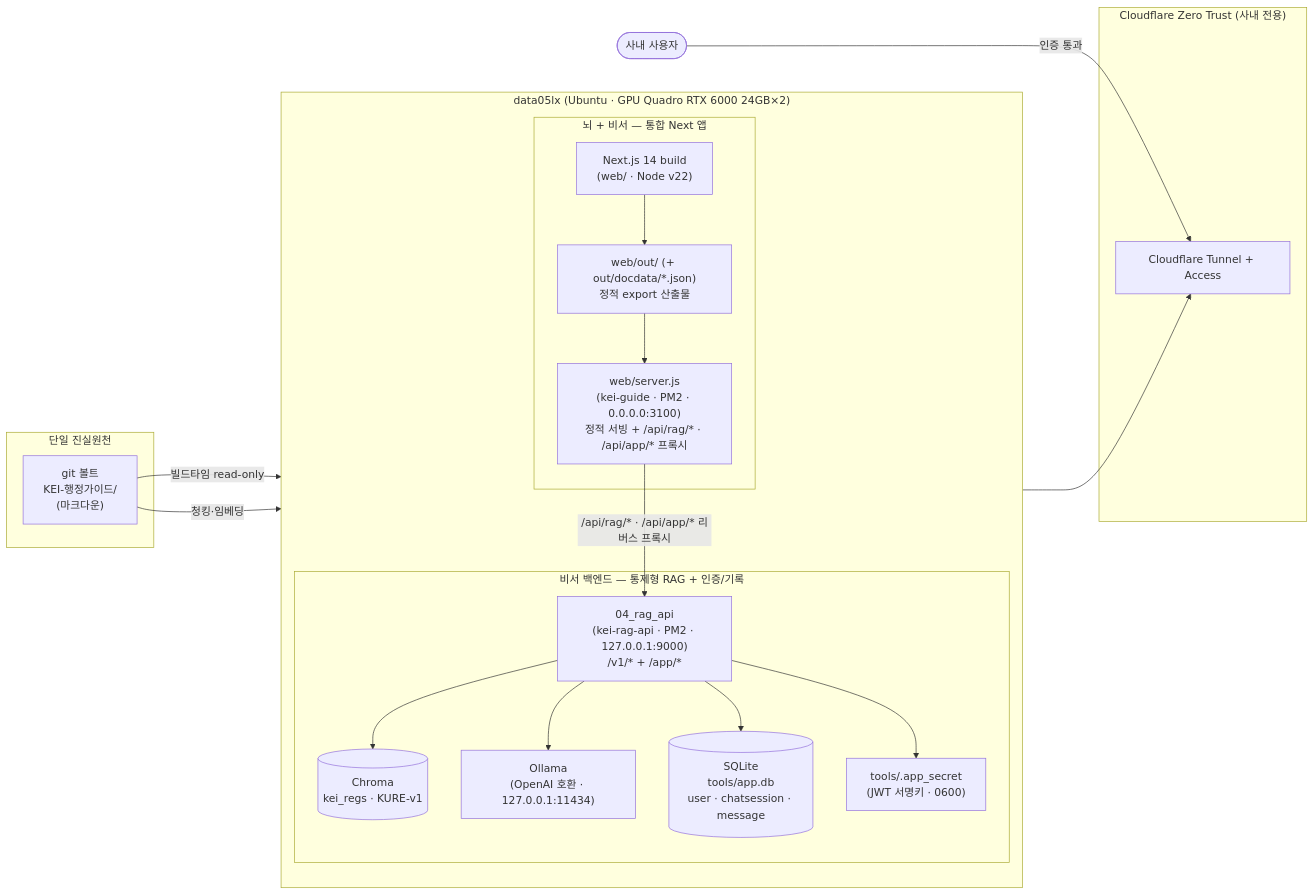
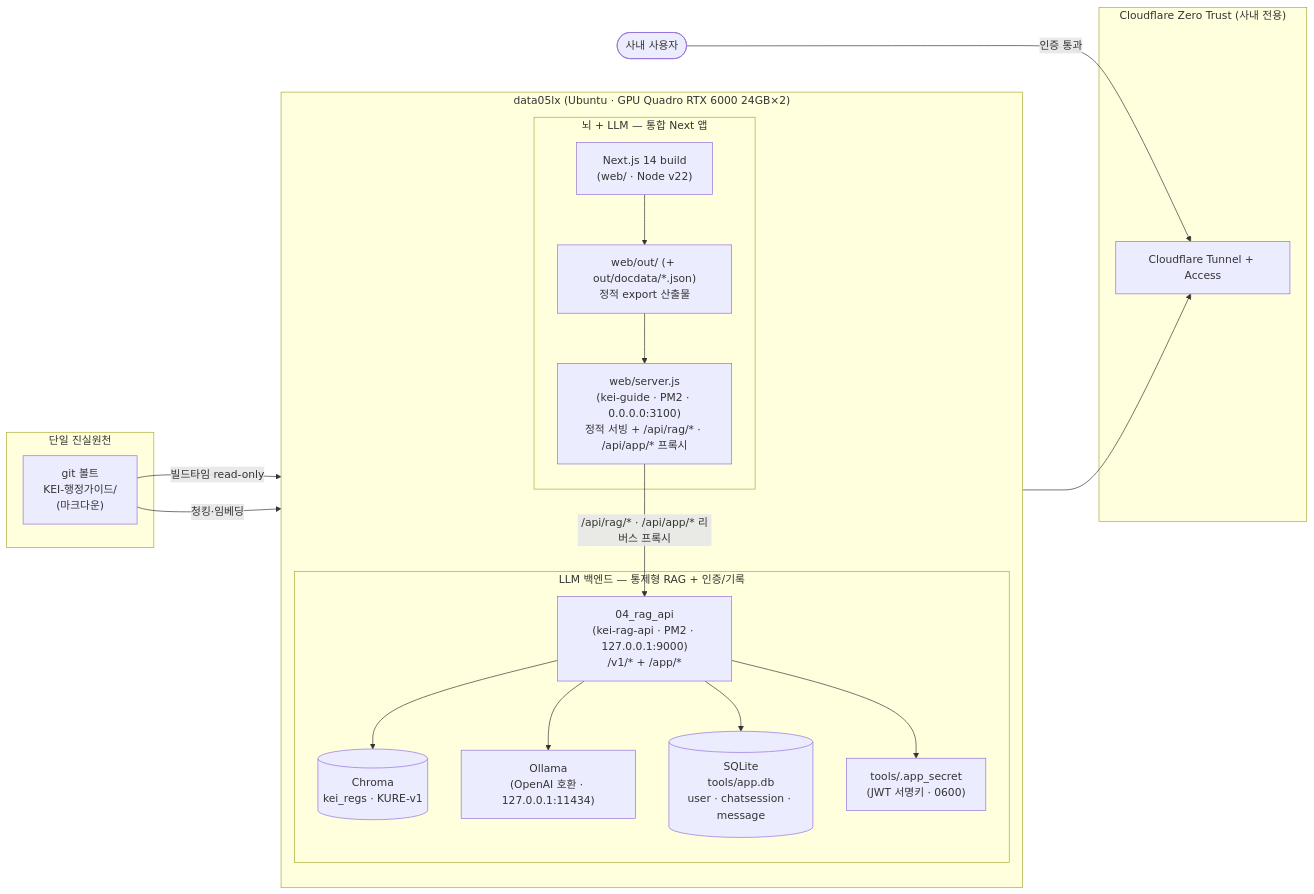
One commit to mooner92/KEIAdminSuperv changed the first of 4 diagrams in docs/06-deployment.md. Above: the diagram before and after it, drawn with Mermaid. The commit also changed other lines of this file and 91 other files, not shown here.

````diff
--- a/docs/06-deployment.md
+++ b/docs/06-deployment.md
@@ -12,42 +12,42 @@
 ```mermaid
 flowchart LR
     subgraph SoT["단일 진실원천"]
         VAULT["git 볼트<br/>KEI-행정가이드/<br/>(마크다운)"]
     end
 
     subgraph HOST["data05lx (Ubuntu · GPU Quadro RTX 6000 24GB×2)"]
         direction TB
 
-        subgraph BRAIN["뇌 + 비서 — 통합 Next 앱"]
+        subgraph BRAIN["뇌 + LLM — 통합 Next 앱"]
             NBUILD["Next.js 14 build<br/>(web/ · Node v22)"]
             OUT["web/out/ (+ out/docdata/*.json)<br/>정적 export 산출물"]
             SERVER["web/server.js<br/>(kei-guide · PM2 · 0.0.0.0:3100)<br/>정적 서빙 + /api/rag/* · /api/app/* 프록시"]
             NBUILD --> OUT --> SERVER
         end
 
-        subgraph SECRETARY["비서 백엔드 — 통제형 RAG + 인증/기록"]
+        subgraph SECRETARY["LLM 백엔드 — 통제형 RAG + 인증/기록"]
             RAGAPI["04_rag_api<br/>(kei-rag-api · PM2 · 127.0.0.1:9000)<br/>/v1/* + /app/*"]
             CHROMA[("Chroma<br/>kei_regs · KURE-v1")]
             OLLAMA["Ollama<br/>(OpenAI 호환 · 127.0.0.1:11434)"]
             APPDB[("SQLite<br/>tools/app.db<br/>user · chatsession · message")]
             SECRET["tools/.app_secret<br/>(JWT 서명키 · 0600)"]
             RAGAPI --> CHROMA
             RAGAPI --> OLLAMA
             RAGAPI --> APPDB
             RAGAPI --> SECRET
         end
 
         SERVER -->|/api/rag/* · /api/app/* 리버스 프록시| RAGAPI
     end
 
     subgraph CF["Cloudflare Zero Trust (사내 전용)"]
         TUNNEL["Cloudflare Tunnel + Access"]
     end
 
     VAULT -->|빌드타임 read-only| NBUILD
     VAULT -->|청킹·임베딩| CHROMA
 
     SERVER --> TUNNEL
 
     USER(["사내 사용자"]) -->|인증 통과| TUNNEL
 ```
````
